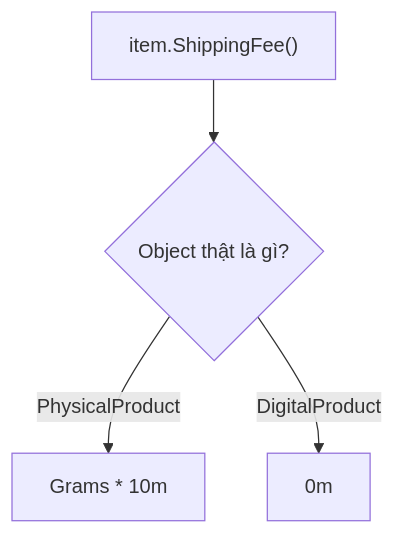
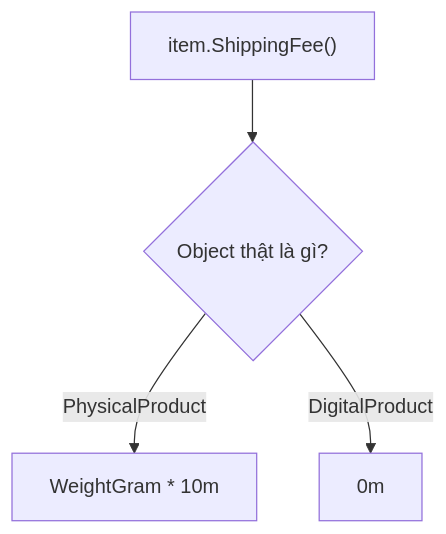
Before and after one commit to vielang/vielang: the diagram in content/it/oop-thiet-ke/01-bon-tru-cot/03-da-hinh.md, drawn with Mermaid. The commit also changed other lines of this file and 38 other files, not shown here.

````diff
--- a/content/it/oop-thiet-ke/01-bon-tru-cot/03-da-hinh.md
+++ b/content/it/oop-thiet-ke/01-bon-tru-cot/03-da-hinh.md
@@ -64,6 +68,6 @@
 ```mermaid Cùng một lời gọi, C# chọn bản override theo object thật
 flowchart TD
     A["item.ShippingFee()"] --> B{"Object thật là gì?"}
-    B -->|PhysicalProduct| C["Grams * 10m"]
+    B -->|PhysicalProduct| C["WeightGram * 10m"]
     B -->|DigitalProduct| D["0m"]
 ```
````
